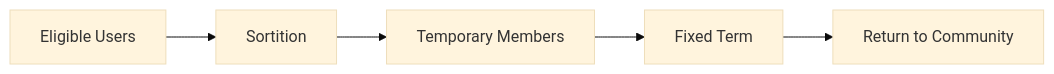
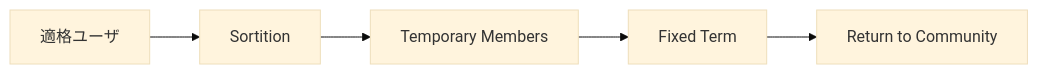
The third of 23 diagrams in docs/whitepaper/07-governance.md (ShigeichiroYamasaki/creator-first-platform), drawn with Mermaid (base theme) before and after one commit. The commit also changed other lines of this file and 67 other files, not shown here.

````diff
--- a/docs/whitepaper/07-governance.md
+++ b/docs/whitepaper/07-governance.md
@@ -144,10 +144,10 @@
 ```mermaid
 flowchart LR
-    USERS[Eligible Users]
+    USERS[適格ユーザ]
     SELECT[Sortition]
     MEMBERS[Temporary Members]
     TERM[Fixed Term]
     RETURN[Return to Community]
 
     USERS --> SELECT --> MEMBERS --> TERM --> RETURN
 ```
````
